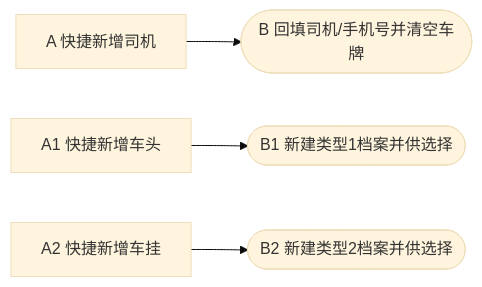
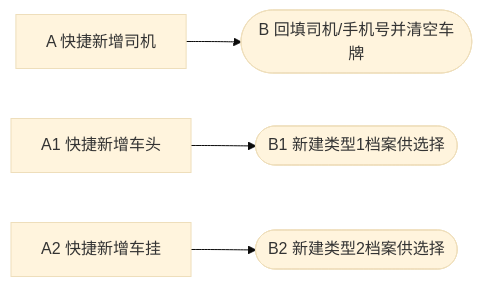
The sixth of 6 diagrams in skill-previews/code-module-feature-map/yard-tank-clean/developer-guide.md (mapanpan0802-ui/codexAi), drawn with Mermaid (base theme) before and after one commit. The commit also changed other lines of this file and 6 other files, not shown here.

````diff
--- a/skill-previews/code-module-feature-map/yard-tank-clean/developer-guide.md
+++ b/skill-previews/code-module-feature-map/yard-tank-clean/developer-guide.md
@@ -158,6 +156,6 @@
 ```mermaid
 flowchart LR
     A["A 快捷新增司机"] --> B(["B 回填司机/手机号并清空车牌"])
-    A1["A1 快捷新增车头"] --> B1(["B1 新建类型1档案并供选择"])
-    A2["A2 快捷新增车挂"] --> B2(["B2 新建类型2档案并供选择"])
+    A1["A1 快捷新增车头"] --> B1(["B1 新建类型1档案供选择"])
+    A2["A2 快捷新增车挂"] --> B2(["B2 新建类型2档案供选择"])
 ```
````
